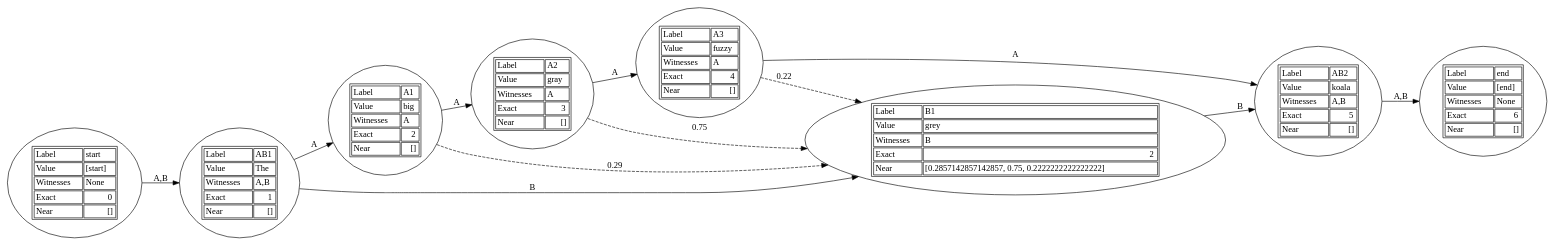
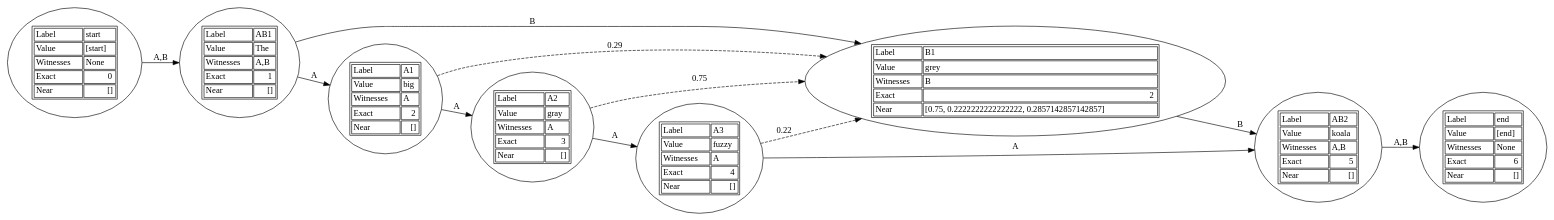
The diagram in near_matching/Digraph.gv (djbpitt/pystuff), drawn with Graphviz before and after one commit. The commit also changed 16 other files, not shown here.

Commit message:
near_matching notebook 7 creates cycles in near-matching graph ... grr ...

```diff
--- a/near_matching/Digraph.gv
+++ b/near_matching/Digraph.gv
@@ -1,22 +1,22 @@
 digraph {
 	graph [rankdir=LR]
-		1 [label=<<TABLE><TR><TD ALIGN="left">Label</TD><TD ALIGN="left">A1</TD></TR><TR><TD ALIGN="left">Value </TD><TD ALIGN="left">big</TD></TR><TR><TD ALIGN="left">Witnesses</TD><TD ALIGN="left">A</TD></TR><TR><TD ALIGN="left">Exact</TD><TD ALIGN="right">2</TD></TR><TR><TD ALIGN="left">Near</TD><TD ALIGN="right">[]</TD></TR></TABLE>>]
-		2 [label=<<TABLE><TR><TD ALIGN="left">Label</TD><TD ALIGN="left">B1</TD></TR><TR><TD ALIGN="left">Value </TD><TD ALIGN="left">grey</TD></TR><TR><TD ALIGN="left">Witnesses</TD><TD ALIGN="left">B</TD></TR><TR><TD ALIGN="left">Exact</TD><TD ALIGN="right">2</TD></TR><TR><TD ALIGN="left">Near</TD><TD ALIGN="right">[0.2857142857142857, 0.75, 0.2222222222222222]</TD></TR></TABLE>>]
-		3 [label=<<TABLE><TR><TD ALIGN="left">Label</TD><TD ALIGN="left">end</TD></TR><TR><TD ALIGN="left">Value </TD><TD ALIGN="left">[end]</TD></TR><TR><TD ALIGN="left">Witnesses</TD><TD ALIGN="left">None</TD></TR><TR><TD ALIGN="left">Exact</TD><TD ALIGN="right">6</TD></TR><TR><TD ALIGN="left">Near</TD><TD ALIGN="right">[]</TD></TR></TABLE>>]
-		4 [label=<<TABLE><TR><TD ALIGN="left">Label</TD><TD ALIGN="left">A3</TD></TR><TR><TD ALIGN="left">Value </TD><TD ALIGN="left">fuzzy</TD></TR><TR><TD ALIGN="left">Witnesses</TD><TD ALIGN="left">A</TD></TR><TR><TD ALIGN="left">Exact</TD><TD ALIGN="right">4</TD></TR><TR><TD ALIGN="left">Near</TD><TD ALIGN="right">[]</TD></TR></TABLE>>]
-		5 [label=<<TABLE><TR><TD ALIGN="left">Label</TD><TD ALIGN="left">AB1</TD></TR><TR><TD ALIGN="left">Value </TD><TD ALIGN="left">The</TD></TR><TR><TD ALIGN="left">Witnesses</TD><TD ALIGN="left">A,B</TD></TR><TR><TD ALIGN="left">Exact</TD><TD ALIGN="right">1</TD></TR><TR><TD ALIGN="left">Near</TD><TD ALIGN="right">[]</TD></TR></TABLE>>]
-		6 [label=<<TABLE><TR><TD ALIGN="left">Label</TD><TD ALIGN="left">start</TD></TR><TR><TD ALIGN="left">Value </TD><TD ALIGN="left">[start]</TD></TR><TR><TD ALIGN="left">Witnesses</TD><TD ALIGN="left">None</TD></TR><TR><TD ALIGN="left">Exact</TD><TD ALIGN="right">0</TD></TR><TR><TD ALIGN="left">Near</TD><TD ALIGN="right">[]</TD></TR></TABLE>>]
-		7 [label=<<TABLE><TR><TD ALIGN="left">Label</TD><TD ALIGN="left">A2</TD></TR><TR><TD ALIGN="left">Value </TD><TD ALIGN="left">gray</TD></TR><TR><TD ALIGN="left">Witnesses</TD><TD ALIGN="left">A</TD></TR><TR><TD ALIGN="left">Exact</TD><TD ALIGN="right">3</TD></TR><TR><TD ALIGN="left">Near</TD><TD ALIGN="right">[]</TD></TR></TABLE>>]
-		8 [label=<<TABLE><TR><TD ALIGN="left">Label</TD><TD ALIGN="left">AB2</TD></TR><TR><TD ALIGN="left">Value </TD><TD ALIGN="left">koala</TD></TR><TR><TD ALIGN="left">Witnesses</TD><TD ALIGN="left">A,B</TD></TR><TR><TD ALIGN="left">Exact</TD><TD ALIGN="right">5</TD></TR><TR><TD ALIGN="left">Near</TD><TD ALIGN="right">[]</TD></TR></TABLE>>]
-			1 -> 7 [label=A style=solid]
-			1 -> 2 [label=0.29 style=dashed]
-			2 -> 8 [label=B style=solid]
-			4 -> 8 [label=A style=solid]
-			4 -> 2 [label=0.22 style=dashed]
-			5 -> 1 [label=A style=solid]
-			5 -> 2 [label=B style=solid]
-			6 -> 5 [label="A,B" style=solid]
-			7 -> 2 [label=0.75 style=dashed]
-			7 -> 4 [label=A style=solid]
-			8 -> 3 [label="A,B" style=solid]
+		1 [label=<<TABLE><TR><TD ALIGN="left">Label</TD><TD ALIGN="left">A2</TD></TR><TR><TD ALIGN="left">Value </TD><TD ALIGN="left">gray</TD></TR><TR><TD ALIGN="left">Witnesses</TD><TD ALIGN="left">A</TD></TR><TR><TD ALIGN="left">Exact</TD><TD ALIGN="right">3</TD></TR><TR><TD ALIGN="left">Near</TD><TD ALIGN="right">[]</TD></TR></TABLE>>]
+		2 [label=<<TABLE><TR><TD ALIGN="left">Label</TD><TD ALIGN="left">B1</TD></TR><TR><TD ALIGN="left">Value </TD><TD ALIGN="left">grey</TD></TR><TR><TD ALIGN="left">Witnesses</TD><TD ALIGN="left">B</TD></TR><TR><TD ALIGN="left">Exact</TD><TD ALIGN="right">2</TD></TR><TR><TD ALIGN="left">Near</TD><TD ALIGN="right">[0.75, 0.2222222222222222, 0.2857142857142857]</TD></TR></TABLE>>]
+		3 [label=<<TABLE><TR><TD ALIGN="left">Label</TD><TD ALIGN="left">A3</TD></TR><TR><TD ALIGN="left">Value </TD><TD ALIGN="left">fuzzy</TD></TR><TR><TD ALIGN="left">Witnesses</TD><TD ALIGN="left">A</TD></TR><TR><TD ALIGN="left">Exact</TD><TD ALIGN="right">4</TD></TR><TR><TD ALIGN="left">Near</TD><TD ALIGN="right">[]</TD></TR></TABLE>>]
+		4 [label=<<TABLE><TR><TD ALIGN="left">Label</TD><TD ALIGN="left">AB2</TD></TR><TR><TD ALIGN="left">Value </TD><TD ALIGN="left">koala</TD></TR><TR><TD ALIGN="left">Witnesses</TD><TD ALIGN="left">A,B</TD></TR><TR><TD ALIGN="left">Exact</TD><TD ALIGN="right">5</TD></TR><TR><TD ALIGN="left">Near</TD><TD ALIGN="right">[]</TD></TR></TABLE>>]
+		5 [label=<<TABLE><TR><TD ALIGN="left">Label</TD><TD ALIGN="left">start</TD></TR><TR><TD ALIGN="left">Value </TD><TD ALIGN="left">[start]</TD></TR><TR><TD ALIGN="left">Witnesses</TD><TD ALIGN="left">None</TD></TR><TR><TD ALIGN="left">Exact</TD><TD ALIGN="right">0</TD></TR><TR><TD ALIGN="left">Near</TD><TD ALIGN="right">[]</TD></TR></TABLE>>]
+		6 [label=<<TABLE><TR><TD ALIGN="left">Label</TD><TD ALIGN="left">end</TD></TR><TR><TD ALIGN="left">Value </TD><TD ALIGN="left">[end]</TD></TR><TR><TD ALIGN="left">Witnesses</TD><TD ALIGN="left">None</TD></TR><TR><TD ALIGN="left">Exact</TD><TD ALIGN="right">6</TD></TR><TR><TD ALIGN="left">Near</TD><TD ALIGN="right">[]</TD></TR></TABLE>>]
+		7 [label=<<TABLE><TR><TD ALIGN="left">Label</TD><TD ALIGN="left">AB1</TD></TR><TR><TD ALIGN="left">Value </TD><TD ALIGN="left">The</TD></TR><TR><TD ALIGN="left">Witnesses</TD><TD ALIGN="left">A,B</TD></TR><TR><TD ALIGN="left">Exact</TD><TD ALIGN="right">1</TD></TR><TR><TD ALIGN="left">Near</TD><TD ALIGN="right">[]</TD></TR></TABLE>>]
+		8 [label=<<TABLE><TR><TD ALIGN="left">Label</TD><TD ALIGN="left">A1</TD></TR><TR><TD ALIGN="left">Value </TD><TD ALIGN="left">big</TD></TR><TR><TD ALIGN="left">Witnesses</TD><TD ALIGN="left">A</TD></TR><TR><TD ALIGN="left">Exact</TD><TD ALIGN="right">2</TD></TR><TR><TD ALIGN="left">Near</TD><TD ALIGN="right">[]</TD></TR></TABLE>>]
+			1 -> 3 [label=A style=solid]
+			1 -> 2 [label=0.75 style=dashed]
+			2 -> 4 [label=B style=solid]
+			3 -> 4 [label=A style=solid]
+			3 -> 2 [label=0.22 style=dashed]
+			4 -> 6 [label="A,B" style=solid]
+			5 -> 7 [label="A,B" style=solid]
+			7 -> 2 [label=B style=solid]
+			7 -> 8 [label=A style=solid]
+			8 -> 1 [label=A style=solid]
+			8 -> 2 [label=0.29 style=dashed]
 }
```
